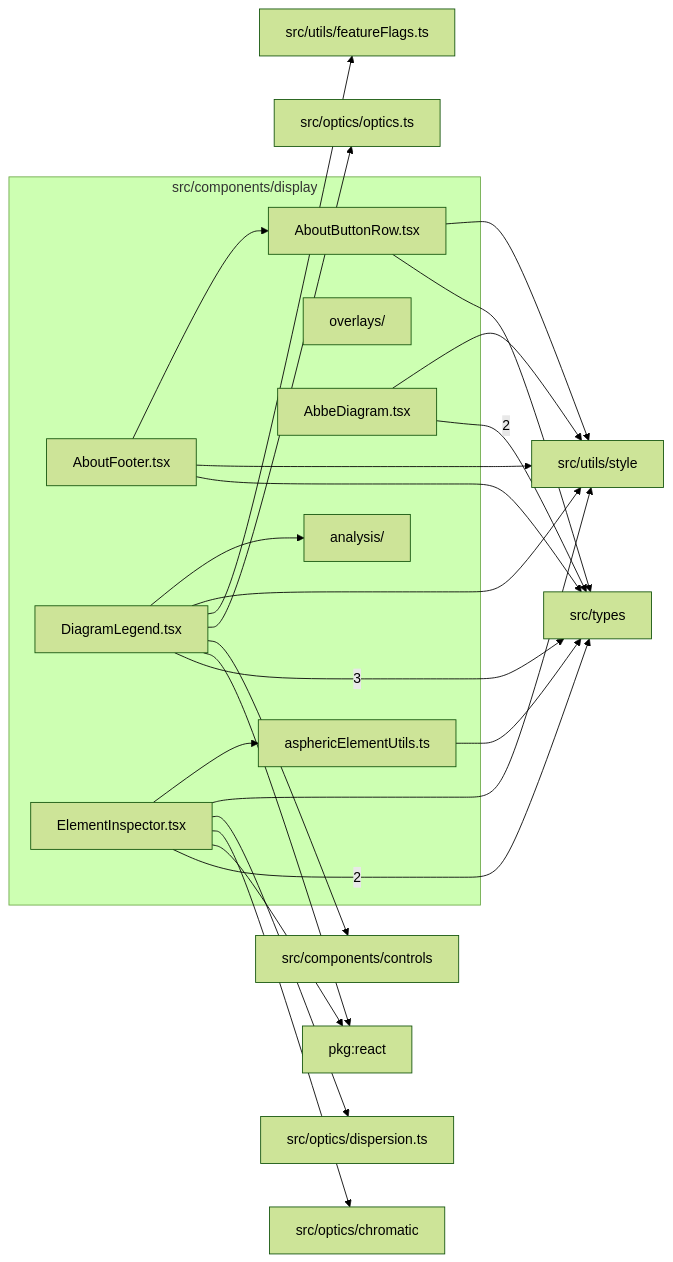
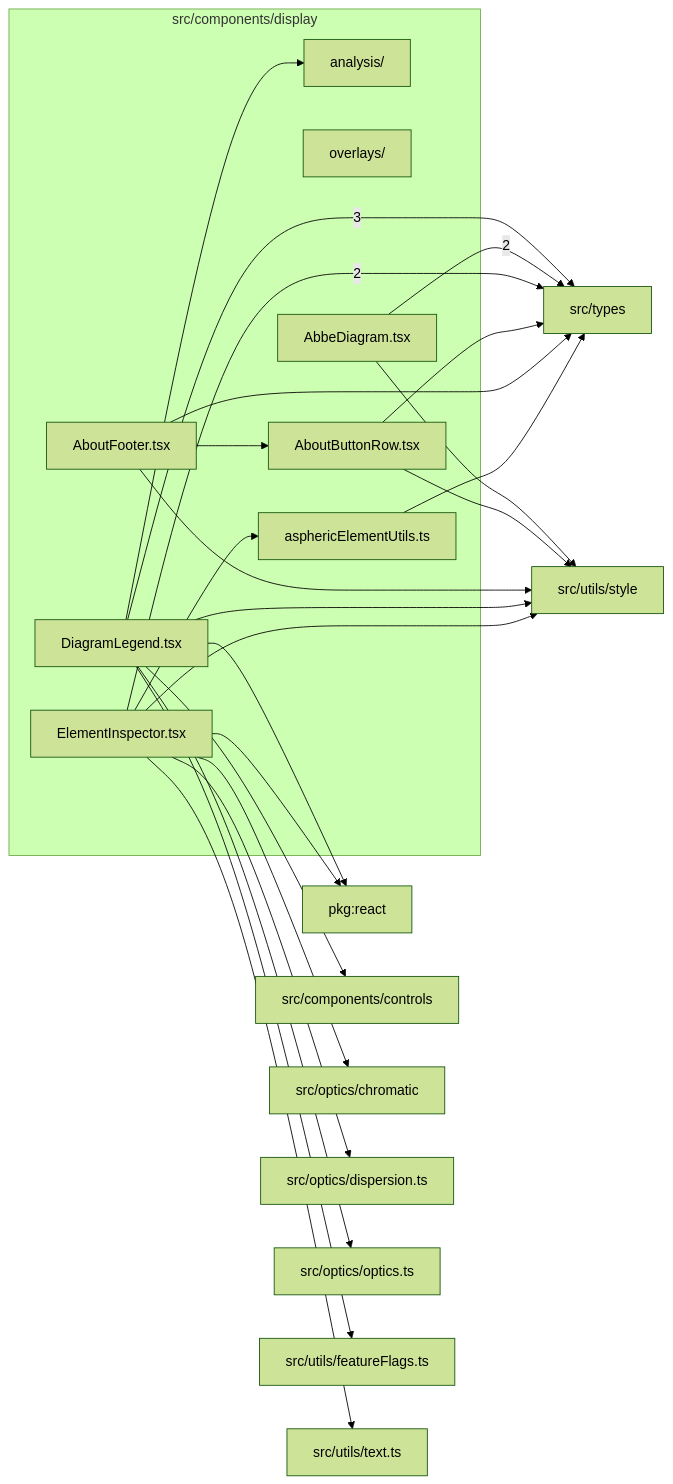
One commit to ronbuening/LensVisualizer changed the diagram in src/components/display/readme.md. Above: the diagram before and after it, drawn with Mermaid (forest theme). The commit also changed other lines of this file and 99 other files, not shown here.

Commit message:
Extend translation-safe text ownership across display views

````diff
--- a/src/components/display/readme.md
+++ b/src/components/display/readme.md
@@ -9,42 +9,44 @@
 ```mermaid
 flowchart LR
   subgraph n_src_components_display["src/components/display"]
     n_src_components_display_src_components_display_analysis["analysis/"]
     n_src_components_display_src_components_display_overlays["overlays/"]
     n_src_components_display_src_components_display_AbbeDiagram_tsx["AbbeDiagram.tsx"]
     n_src_components_display_src_components_display_AboutButtonRow_tsx["AboutButtonRow.tsx"]
     n_src_components_display_src_components_display_AboutFooter_tsx["AboutFooter.tsx"]
     n_src_components_display_src_components_display_asphericElementUtils_ts["asphericElementUtils.ts"]
     n_src_components_display_src_components_display_DiagramLegend_tsx["DiagramLegend.tsx"]
     n_src_components_display_src_components_display_ElementInspector_tsx["ElementInspector.tsx"]
   end
   n_external_src_types["src/types"]
   n_external_pkg_react["pkg:react"]
   n_external_src_components_controls["src/components/controls"]
   n_external_src_optics_chromatic["src/optics/chromatic"]
   n_external_src_optics_dispersion_ts["src/optics/dispersion.ts"]
   n_external_src_optics_optics_ts["src/optics/optics.ts"]
   n_external_src_utils_featureFlags_ts["src/utils/featureFlags.ts"]
   n_external_src_utils_style["src/utils/style"]
+  n_external_src_utils_text_ts["src/utils/text.ts"]
   n_src_components_display_src_components_display_DiagramLegend_tsx --> |3| n_external_src_types
   n_src_components_display_src_components_display_AbbeDiagram_tsx --> |2| n_external_src_types
   n_src_components_display_src_components_display_ElementInspector_tsx --> |2| n_external_src_types
   n_src_components_display_src_components_display_DiagramLegend_tsx --> n_external_pkg_react
   n_src_components_display_src_components_display_ElementInspector_tsx --> n_external_pkg_react
   n_src_components_display_src_components_display_DiagramLegend_tsx --> n_external_src_components_controls
   n_src_components_display_src_components_display_ElementInspector_tsx --> n_external_src_optics_chromatic
   n_src_components_display_src_components_display_ElementInspector_tsx --> n_external_src_optics_dispersion_ts
   n_src_components_display_src_components_display_DiagramLegend_tsx --> n_external_src_optics_optics_ts
   n_src_components_display_src_components_display_AboutButtonRow_tsx --> n_external_src_types
   n_src_components_display_src_components_display_AboutFooter_tsx --> n_external_src_types
   n_src_components_display_src_components_display_asphericElementUtils_ts --> n_external_src_types
   n_src_components_display_src_components_display_DiagramLegend_tsx --> n_external_src_utils_featureFlags_ts
   n_src_components_display_src_components_display_AbbeDiagram_tsx --> n_external_src_utils_style
   n_src_components_display_src_components_display_AboutButtonRow_tsx --> n_external_src_utils_style
   n_src_components_display_src_components_display_AboutFooter_tsx --> n_external_src_utils_style
   n_src_components_display_src_components_display_DiagramLegend_tsx --> n_external_src_utils_style
   n_src_components_display_src_components_display_ElementInspector_tsx --> n_external_src_utils_style
+  n_src_components_display_src_components_display_ElementInspector_tsx --> n_external_src_utils_text_ts
   n_src_components_display_src_components_display_AboutFooter_tsx --> n_src_components_display_src_components_display_AboutButtonRow_tsx
   n_src_components_display_src_components_display_DiagramLegend_tsx --> n_src_components_display_src_components_display_analysis
   n_src_components_display_src_components_display_ElementInspector_tsx --> n_src_components_display_src_components_display_asphericElementUtils_ts
 ```
````
